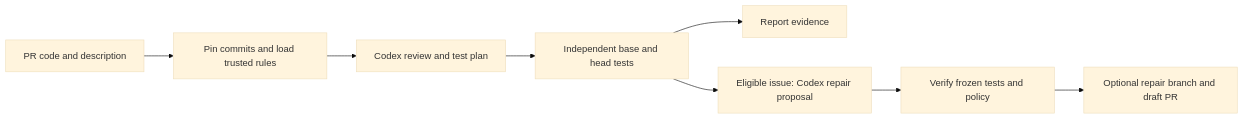
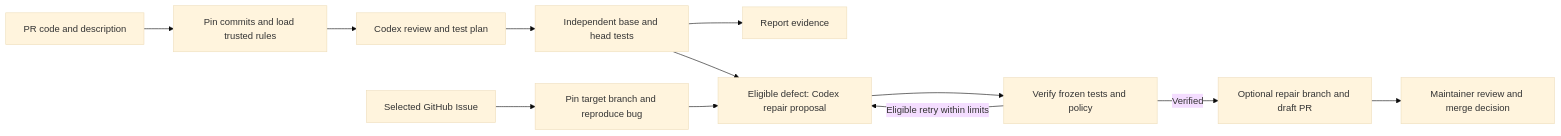
Before and after one commit to cosignercriminology78/repopilot: the diagram in README.md, drawn with Mermaid (base theme). The commit also changed other lines of this file and 11 other files, not shown here.

````diff
--- a/README.md
+++ b/README.md
@@ -48,10 +49,14 @@
 ```mermaid
 flowchart LR
     A[PR code and description] --> B[Pin commits and load trusted rules]
+    I[Selected GitHub Issue] --> J[Pin target branch and reproduce bug]
     B --> C[Codex review and test plan]
     C --> D[Independent base and head tests]
     D --> E[Report evidence]
-    D --> F[Eligible issue: Codex repair proposal]
+    D --> F[Eligible defect: Codex repair proposal]
+    J --> F
     F --> G[Verify frozen tests and policy]
-    G --> H[Optional repair branch and draft PR]
+    G -->|Verified| H[Optional repair branch and draft PR]
+    G -->|Eligible retry within limits| F
+    H --> R[Maintainer review and merge decision]
 ```
````
